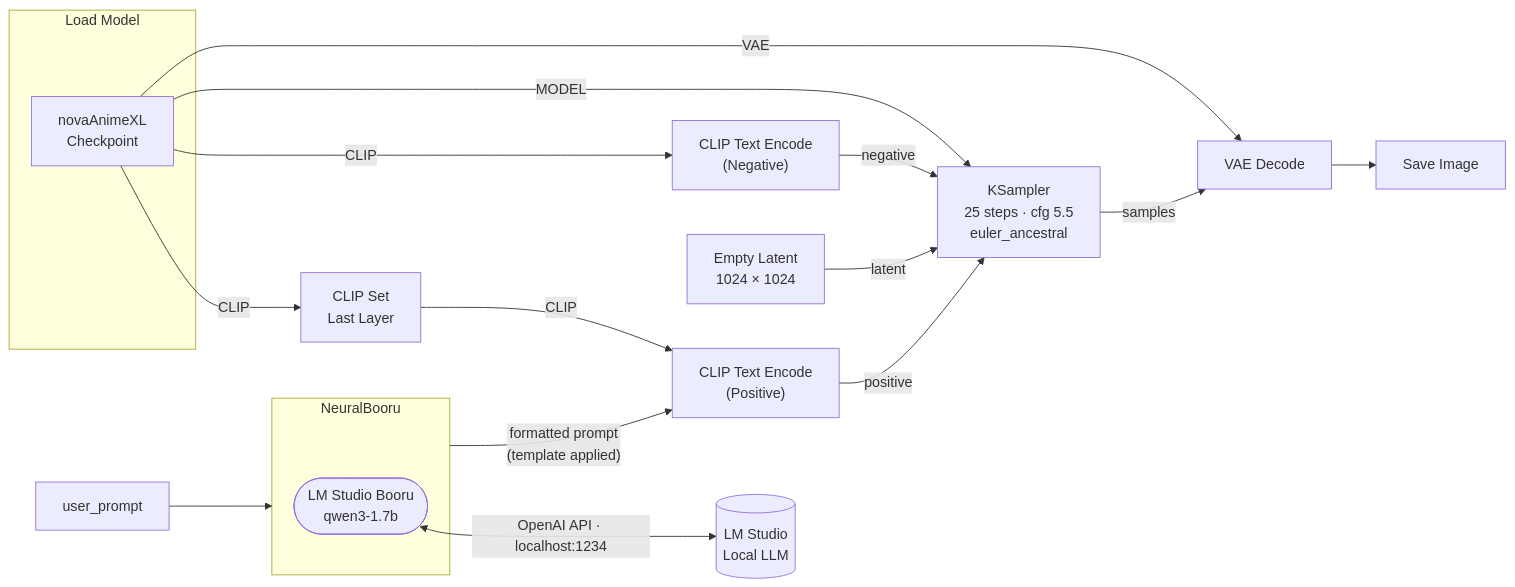
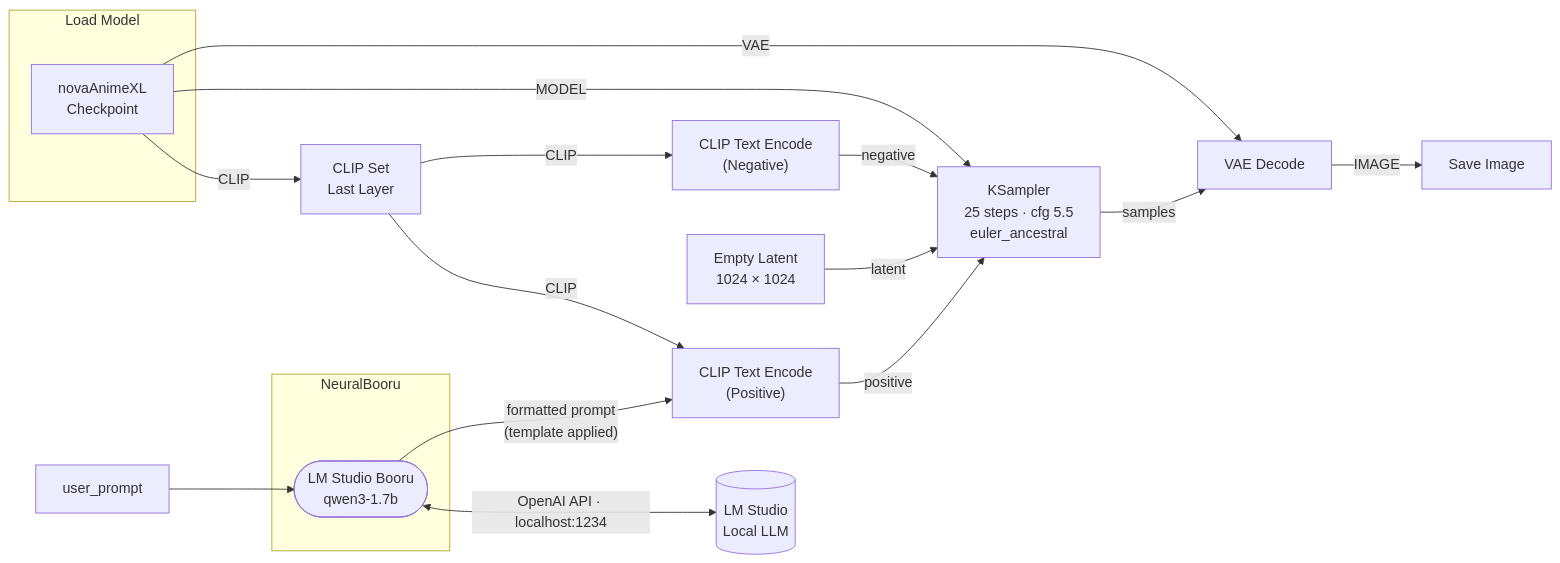
One commit to ChrisJohnson89/ComfyUI-NeuralBooru changed the diagram in README.md. Above: the diagram before and after it, drawn with Mermaid.

Commit message:
docs: fix diagram CLIP wiring and use <br/> line breaks
- Negative CLIP encoder gets CLIP from CLIP Set Last Layer, not the
  checkpoint directly (matches actual workflow)
- Replace \n with <br/> so labels render correctly on GitHub

````diff
--- a/README.md
+++ b/README.md
@@ -13,27 +13,27 @@
 ```mermaid
 flowchart LR
-    UP["user_prompt"] --> NB
+    UP["user_prompt"] --> LMB
 
     subgraph NB ["NeuralBooru"]
-        LMB(["LM Studio Booru\nqwen3-1.7b"])
+        LMB(["LM Studio Booru<br/>qwen3-1.7b"])
     end
 
-    LMB <-->|"OpenAI API · localhost:1234"| LMS[("LM Studio\nLocal LLM")]
+    LMB <-->|"OpenAI API · localhost:1234"| LMS[("LM Studio<br/>Local LLM")]
 
     subgraph LOAD ["Load Model"]
-        CKPT["novaAnimeXL\nCheckpoint"]
+        CKPT["novaAnimeXL<br/>Checkpoint"]
     end
 
-    NB -->|"formatted prompt\n(template applied)"| POS["CLIP Text Encode\n(Positive)"]
-    CKPT -->|CLIP| CLIPS["CLIP Set\nLast Layer"]
+    LMB -->|"formatted prompt<br/>(template applied)"| POS["CLIP Text Encode<br/>(Positive)"]
+    CKPT -->|CLIP| CLIPS["CLIP Set<br/>Last Layer"]
     CLIPS -->|CLIP| POS
-    CKPT -->|CLIP| NEG["CLIP Text Encode\n(Negative)"]
-    CKPT -->|MODEL| KS["KSampler\n25 steps · cfg 5.5\neuler_ancestral"]
+    CLIPS -->|CLIP| NEG["CLIP Text Encode<br/>(Negative)"]
+    CKPT -->|MODEL| KS["KSampler<br/>25 steps · cfg 5.5<br/>euler_ancestral"]
     CKPT -->|VAE| DEC["VAE Decode"]
 
     POS -->|positive| KS
     NEG -->|negative| KS
-    LAT["Empty Latent\n1024 × 1024"] -->|latent| KS
+    LAT["Empty Latent<br/>1024 × 1024"] -->|latent| KS
     KS -->|samples| DEC
-    DEC --> SAVE["Save Image"]
+    DEC -->|IMAGE| SAVE["Save Image"]
 ```
````
